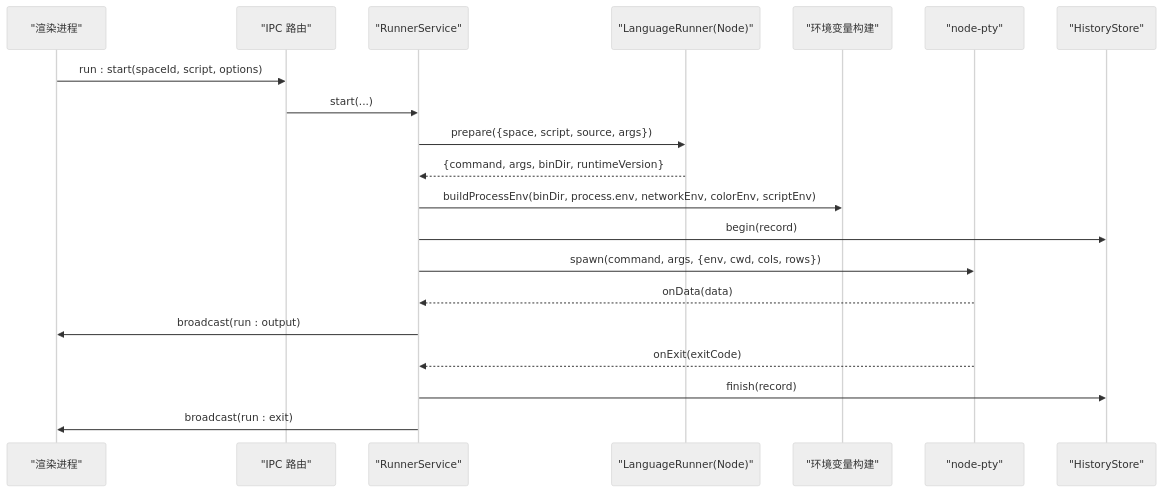
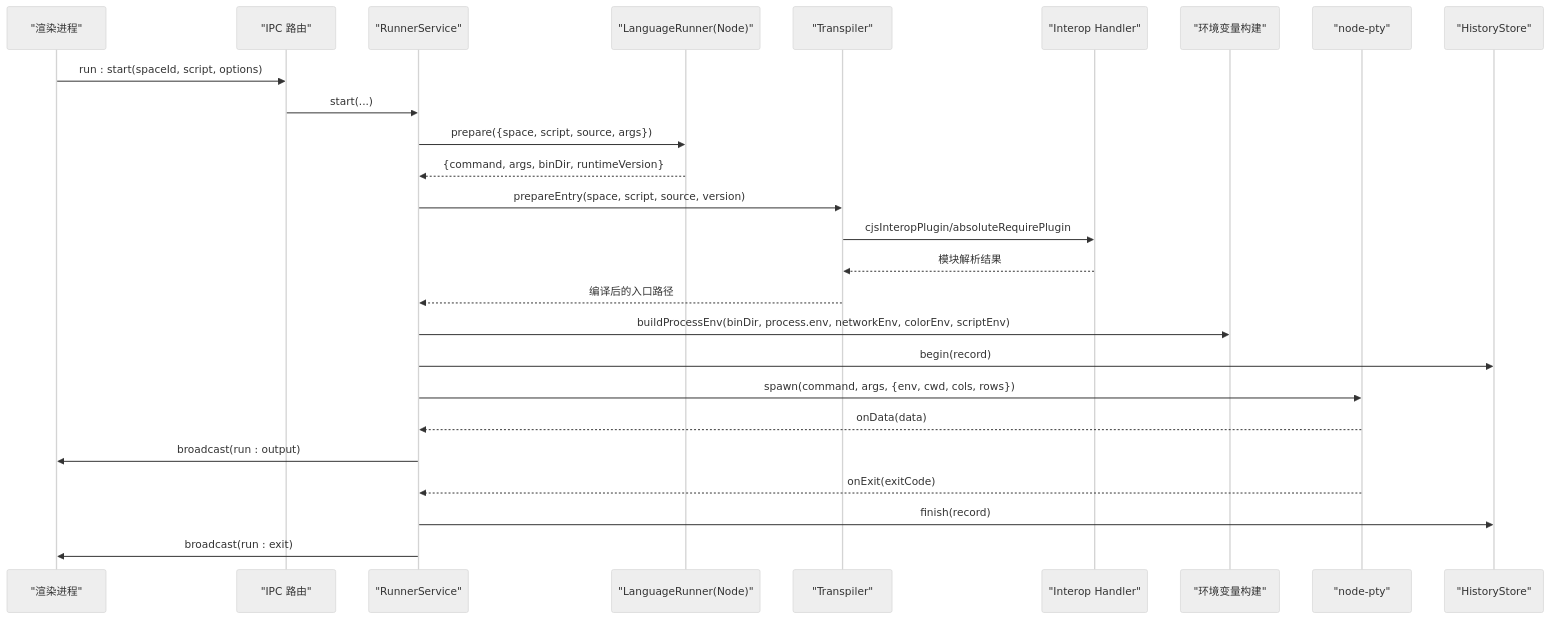
One commit to hozeeee/script-box changed the second of 13 diagrams in .qoder/repowiki/zh/content/核心服务层/Runner 服务（脚本运行器）.md. Above: the diagram before and after it, drawn with Mermaid (neutral theme). The commit also changed other lines of this file and 76 other files, not shown here.

````diff
--- a/.qoder/repowiki/zh/content/核心服务层/Runner 服务（脚本运行器）.md
+++ b/.qoder/repowiki/zh/content/核心服务层/Runner 服务（脚本运行器）.md
@@ -118,22 +135,28 @@
 ```mermaid
 sequenceDiagram
 participant UI as "渲染进程"
 participant IPC as "IPC 路由"
 participant RS as "RunnerService"
 participant LR as "LanguageRunner(Node)"
+participant TR as "Transpiler"
+participant IO as "Interop Handler"
 participant ENV as "环境变量构建"
 participant PTY as "node-pty"
 participant HS as "HistoryStore"
 UI->>IPC : run : start(spaceId, script, options)
 IPC->>RS : start(...)
 RS->>LR : prepare({space, script, source, args})
 LR-->>RS : {command, args, binDir, runtimeVersion}
+RS->>TR : prepareEntry(space, script, source, version)
+TR->>IO : cjsInteropPlugin/absoluteRequirePlugin
+IO-->>TR : 模块解析结果
+TR-->>RS : 编译后的入口路径
 RS->>ENV : buildProcessEnv(binDir, process.env, networkEnv, colorEnv, scriptEnv)
 RS->>HS : begin(record)
 RS->>PTY : spawn(command, args, {env, cwd, cols, rows})
 PTY-->>RS : onData(data)
 RS->>UI : broadcast(run : output)
 PTY-->>RS : onExit(exitCode)
 RS->>HS : finish(record)
 RS->>UI : broadcast(run : exit)
 ```
````
